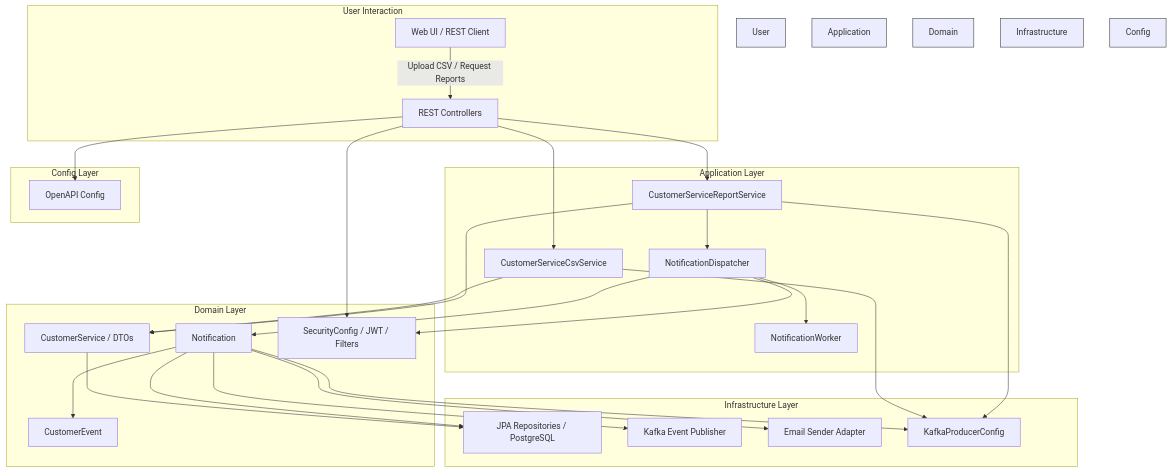
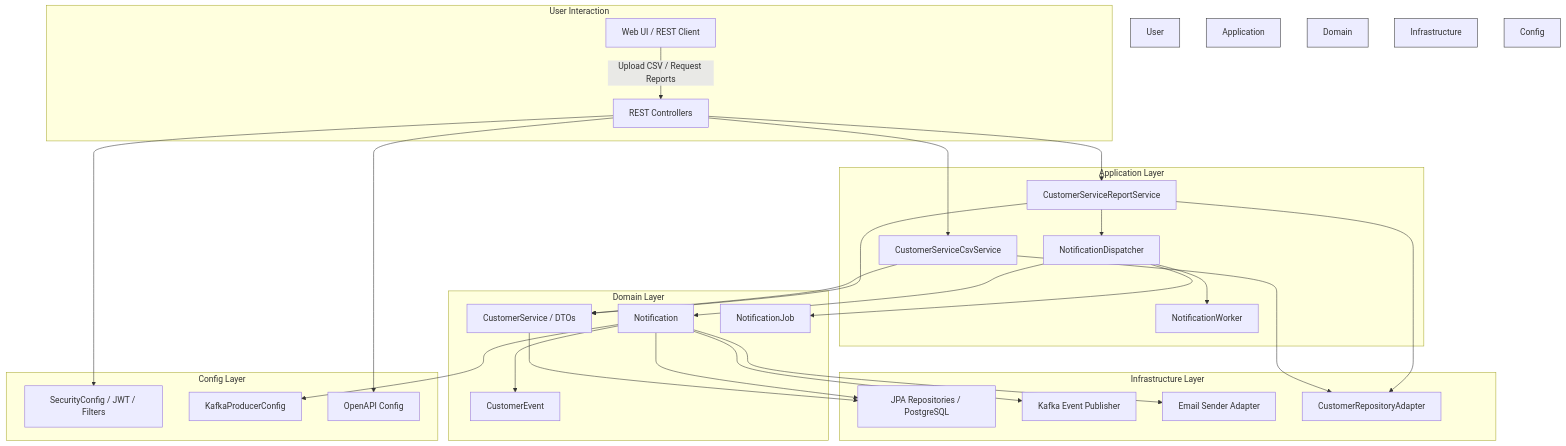
One commit to aliporfirio/customer-analysis changed the diagram in README.md. Above: the diagram before and after it, drawn with Mermaid.

Commit message:
Added documentations

````diff
--- a/README.md
+++ b/README.md
@@ -57,43 +57,43 @@
 ```mermaid
 graph TD
     subgraph User Interaction
         A[Web UI / REST Client] -->|Upload CSV / Request Reports| B[REST Controllers]
     end
 
     subgraph Application Layer
         B --> C[CustomerServiceCsvService]
         B --> D[CustomerServiceReportService]
         D --> E[NotificationDispatcher]
         E --> F[NotificationWorker]
     end
 
     subgraph Domain Layer
         C --> G[CustomerService / DTOs]
         D --> G
         E --> H[Notification]
         H --> I[CustomerEvent]
-        E --> M[NotificationJob]
+        E --> R[NotificationJob]
         
     end
 
     subgraph Infrastructure Layer
         G --> J[JPA Repositories / PostgreSQL]
         H --> J
         H --> K[Kafka Event Publisher]
         H --> L[Email Sender Adapter]
-        C --> N[CustomerRepositoryAdapter]
-        D --> N
+        C --> S[CustomerRepositoryAdapter]
+        D --> S
     end
 
     subgraph Config Layer
         B --> M[SecurityConfig / JWT / Filters]
         H --> N[KafkaProducerConfig]
         B --> O[OpenAPI Config]
     end
 
     style User Interaction fill:#f9f,stroke:#333,stroke-width:1px
     style Application Layer fill:#bbf,stroke:#333,stroke-width:1px
     style Domain Layer fill:#bfb,stroke:#333,stroke-width:1px
     style Infrastructure Layer fill:#ffb,stroke:#333,stroke-width:1px
     style Config Layer fill:#fbb,stroke:#333,stroke-width:1px
 ```
````
